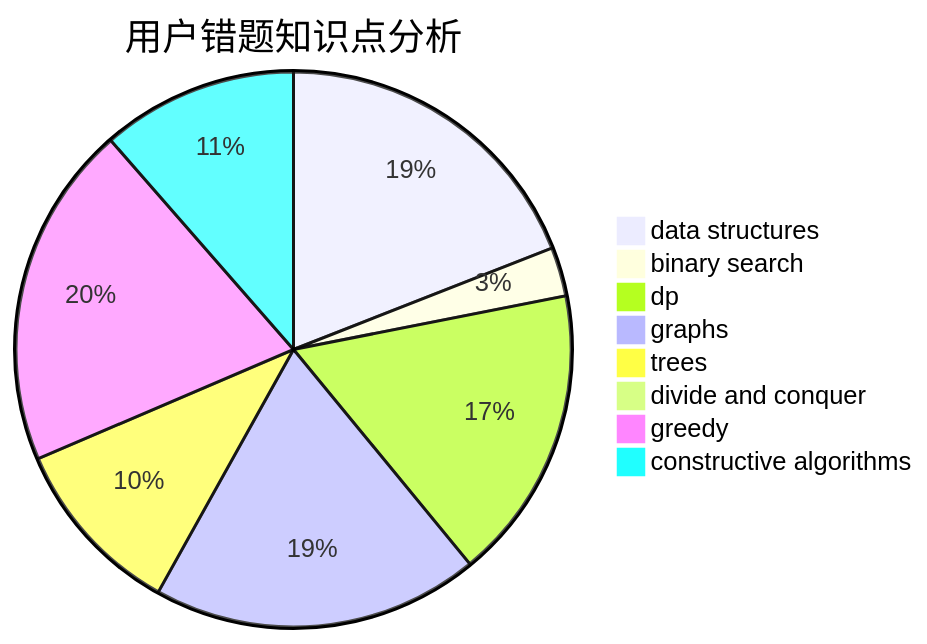
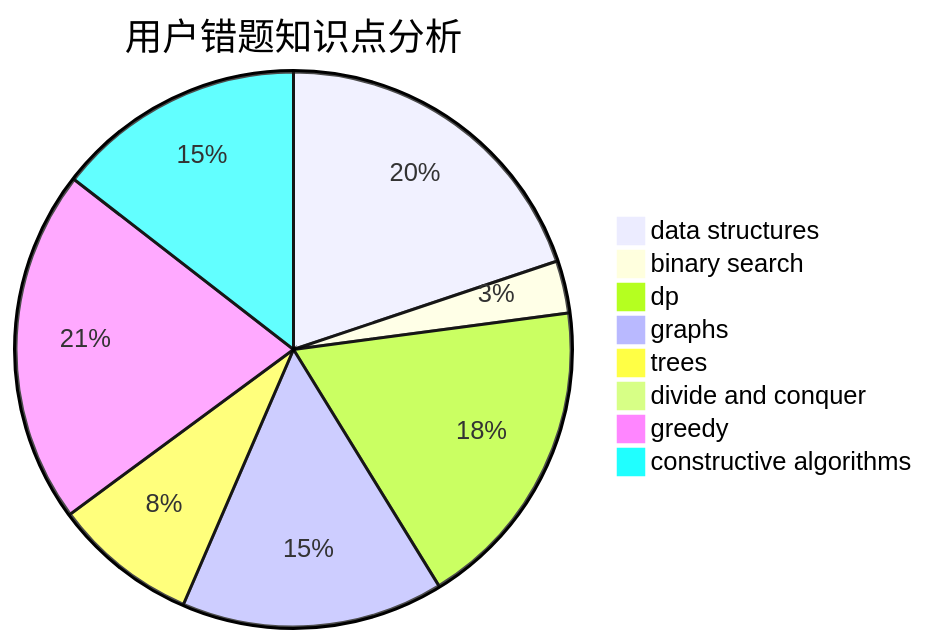
The third of 3 diagrams in docs/user/u1548.md (sherpahu/cfrs.github.io), drawn with Mermaid before and after one commit. The commit also changed other lines of this file and 2770 other files, not shown here.

````diff
--- a/docs/user/u1548.md
+++ b/docs/user/u1548.md
@@ -36,11 +36,11 @@
 ```mermaid
 pie title 用户错题知识点分析
-    "data structures" :  20
-    "binary search" :  3
-    "dp" :  18
+    "data structures" :  26
+    "binary search" :  4
+    "dp" :  24
     "graphs" :  20
     "trees" :  11
     "divide and conquer" :  0
-    "greedy" :  21
-    "constructive algorithms" :  12
+    "greedy" :  27
+    "constructive algorithms" :  19
 ```
````
